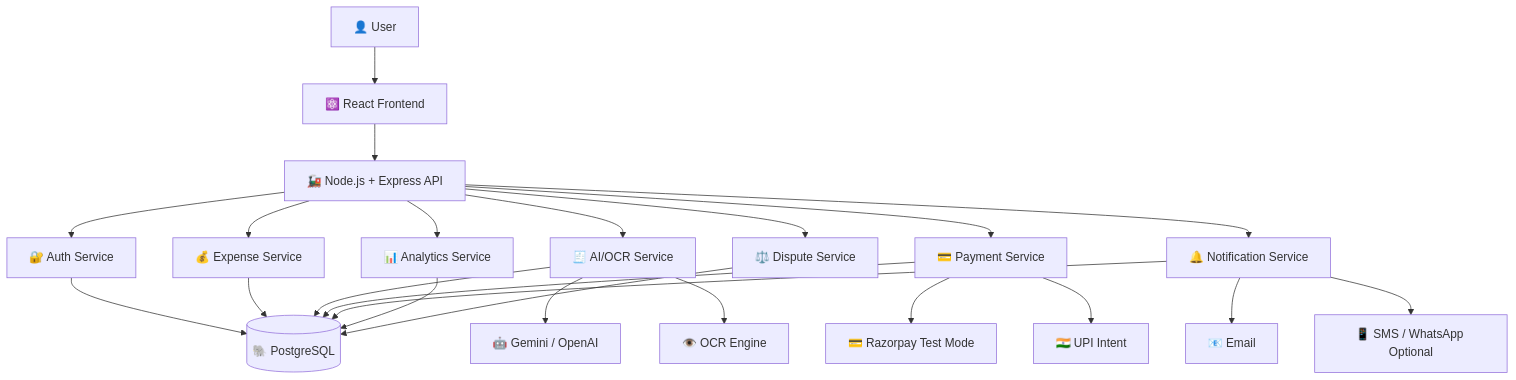
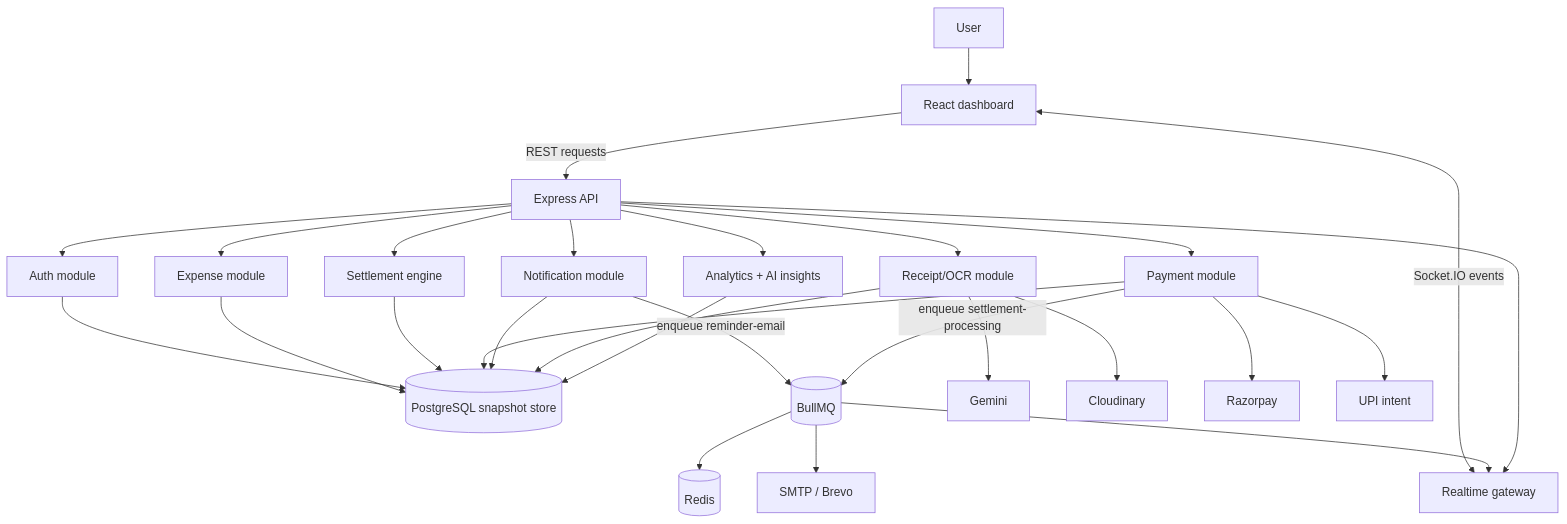
One commit to vamshichethan/SplitSmart-AI-Intelligent-Expense-Splitting-Platform changed the third of 6 diagrams in README.md. Above: the diagram before and after it, drawn with Mermaid. The commit also changed other lines of this file and 20 other files, not shown here.

Commit message:
Add queues realtime CI and test coverage

````diff
--- a/README.md
+++ b/README.md
@@ -305,28 +313,34 @@
 ```mermaid
 flowchart TD
-    U[👤 User] --> FE[⚛️ React Frontend]
-    FE --> API[🚂 Node.js + Express API]
+    U[User] --> FE[React dashboard]
+    FE -->|REST requests| API[Express API]
+    FE <-->|Socket.IO events| WS[Realtime gateway]
 
-    API --> AUTH[🔐 Auth Service]
-    API --> EXP[💰 Expense Service]
-    API --> OCR[🧾 AI/OCR Service]
-    API --> PAY[💳 Payment Service]
-    API --> NOTIF[🔔 Notification Service]
-    API --> ANALYTICS[📊 Analytics Service]
-    API --> DISPUTE[⚖️ Dispute Service]
+    API --> AUTH[Auth module]
+    API --> EXP[Expense module]
+    API --> SETTLE[Settlement engine]
+    API --> PAY[Payment module]
+    API --> NOTIF[Notification module]
+    API --> OCR[Receipt/OCR module]
+    API --> ANALYTICS[Analytics + AI insights]
 
-    AUTH --> DB[(🐘 PostgreSQL)]
+    AUTH --> DB[(PostgreSQL snapshot store)]
     EXP --> DB
-    OCR --> DB
+    SETTLE --> DB
     PAY --> DB
     NOTIF --> DB
+    OCR --> DB
     ANALYTICS --> DB
-    DISPUTE --> DB
 
-    OCR --> AI[🤖 Gemini / OpenAI]
-    OCR --> VISION[👁️ OCR Engine]
-    PAY --> RZP[💳 Razorpay Test Mode]
-    PAY --> UPI[🇮🇳 UPI Intent]
-    NOTIF --> EMAIL[📧 Email]
-    NOTIF --> SMS[📱 SMS / WhatsApp Optional]
+    NOTIF -->|enqueue reminder-email| Q[(BullMQ)]
+    PAY -->|enqueue settlement-processing| Q
+    Q --> REDIS[(Redis)]
+    Q --> EMAIL[SMTP / Brevo]
+    Q --> WS
+
+    OCR --> GEMINI[Gemini]
+    OCR --> CLOUD[Cloudinary]
+    PAY --> RZP[Razorpay]
+    PAY --> UPI[UPI intent]
+    API --> WS
 ```
````
